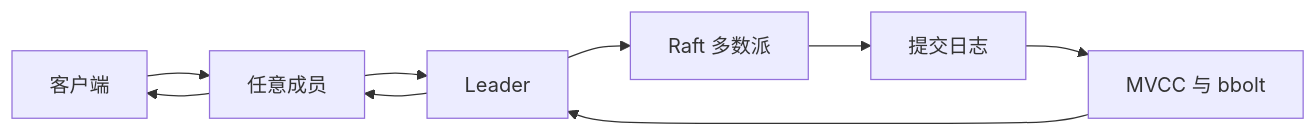
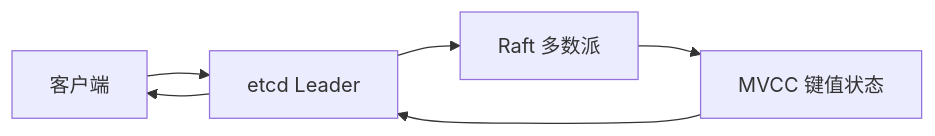
The diagram in content/map/etcd.md (blog-archives/interview), drawn with Mermaid before and after one commit. The commit also changed other lines of this file and 10 other files, not shown here.

````diff
--- a/content/map/etcd.md
+++ b/content/map/etcd.md
@@ -61,11 +16,8 @@
 ```mermaid
 flowchart LR
-    A[客户端] --> B[任意成员]
-    B --> C[Leader]
-    C --> D[Raft 多数派]
-    D --> E[提交日志]
-    E --> F[MVCC 与 bbolt]
-    F --> C
-    C --> B
+    A[客户端] --> B[etcd Leader]
+    B --> C[Raft 多数派]
+    C --> D[MVCC 键值状态]
+    D --> B
     B --> A
 ```
````
